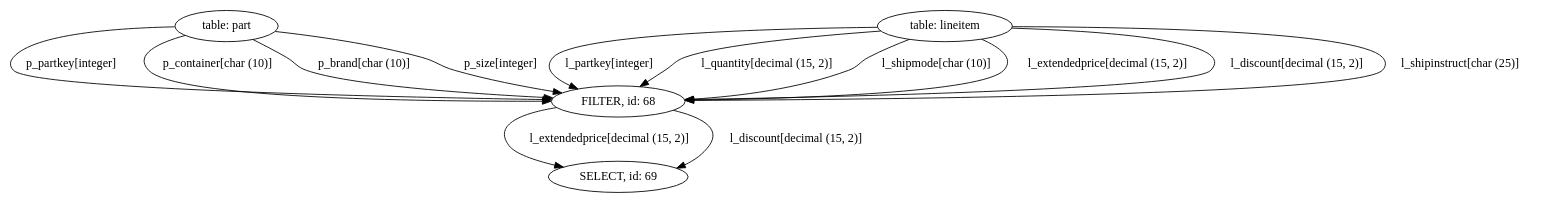
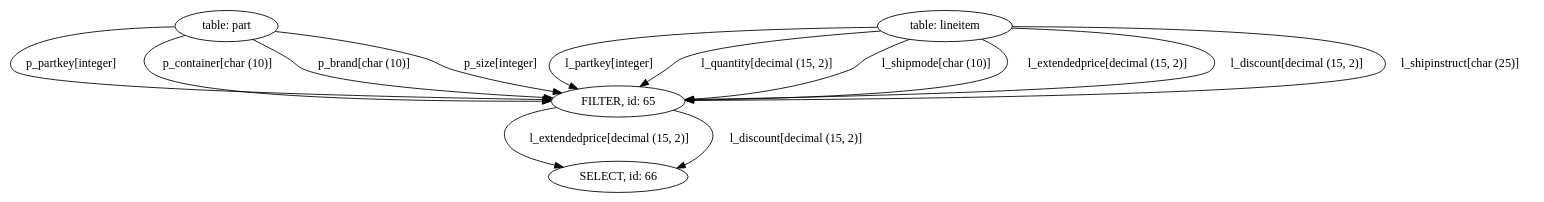
One commit to hanefi/sql2df changed the diagram in res/select1.sql.dot. Above: the diagram before and after it, drawn with Graphviz. The commit also changed 8 other files, not shown here.

```diff
--- a/res/select1.sql.dot
+++ b/res/select1.sql.dot
@@ -1,14 +1,14 @@
 digraph {
-"table: part" -> "FILTER, id: 68"[label="p_partkey[integer]"]
-"table: lineitem" -> "FILTER, id: 68"[label="l_partkey[integer]"]
-"table: part" -> "FILTER, id: 68"[label="p_container[char (10)]"]
-"table: lineitem" -> "FILTER, id: 68"[label="l_quantity[decimal (15, 2)]"]
-"table: part" -> "FILTER, id: 68"[label="p_brand[char (10)]"]
-"table: lineitem" -> "FILTER, id: 68"[label="l_shipmode[char (10)]"]
-"table: lineitem" -> "FILTER, id: 68"[label="l_extendedprice[decimal (15, 2)]"]
-"table: lineitem" -> "FILTER, id: 68"[label="l_discount[decimal (15, 2)]"]
-"table: lineitem" -> "FILTER, id: 68"[label="l_shipinstruct[char (25)]"]
-"table: part" -> "FILTER, id: 68"[label="p_size[integer]"]
-"FILTER, id: 68" -> "SELECT, id: 69"[label="l_extendedprice[decimal (15, 2)]"]
-"FILTER, id: 68" -> "SELECT, id: 69"[label="l_discount[decimal (15, 2)]"]
+"table: part" -> "FILTER, id: 65"[label="p_partkey[integer]"]
+"table: lineitem" -> "FILTER, id: 65"[label="l_partkey[integer]"]
+"table: part" -> "FILTER, id: 65"[label="p_container[char (10)]"]
+"table: lineitem" -> "FILTER, id: 65"[label="l_quantity[decimal (15, 2)]"]
+"table: part" -> "FILTER, id: 65"[label="p_brand[char (10)]"]
+"table: lineitem" -> "FILTER, id: 65"[label="l_shipmode[char (10)]"]
+"table: lineitem" -> "FILTER, id: 65"[label="l_extendedprice[decimal (15, 2)]"]
+"table: lineitem" -> "FILTER, id: 65"[label="l_discount[decimal (15, 2)]"]
+"table: lineitem" -> "FILTER, id: 65"[label="l_shipinstruct[char (25)]"]
+"table: part" -> "FILTER, id: 65"[label="p_size[integer]"]
+"FILTER, id: 65" -> "SELECT, id: 66"[label="l_extendedprice[decimal (15, 2)]"]
+"FILTER, id: 65" -> "SELECT, id: 66"[label="l_discount[decimal (15, 2)]"]
 }
```
